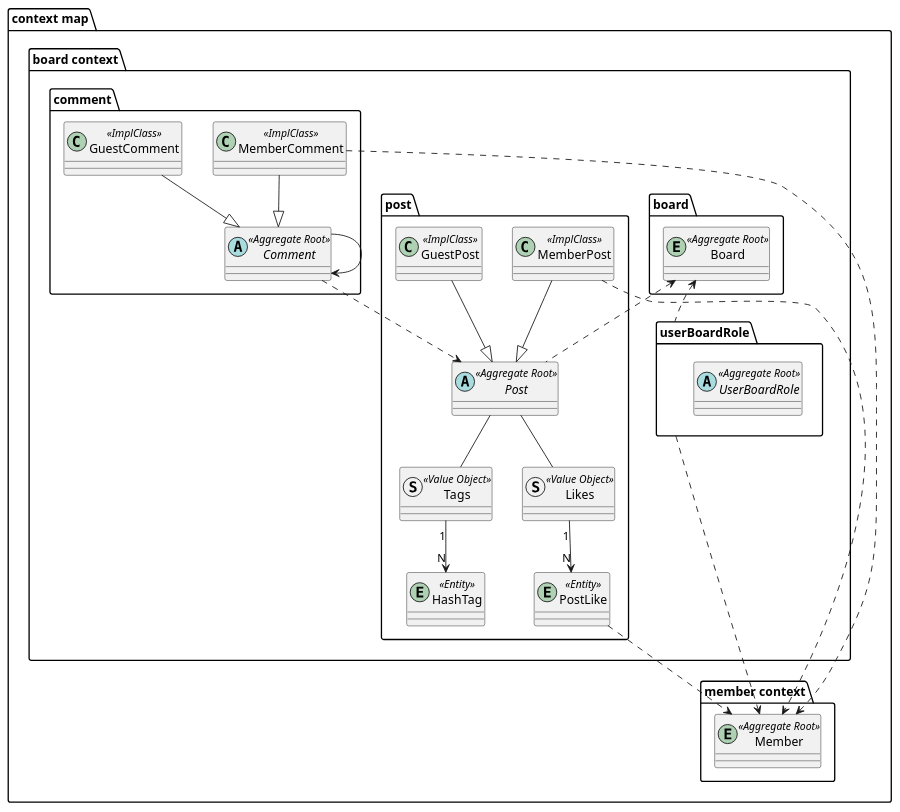
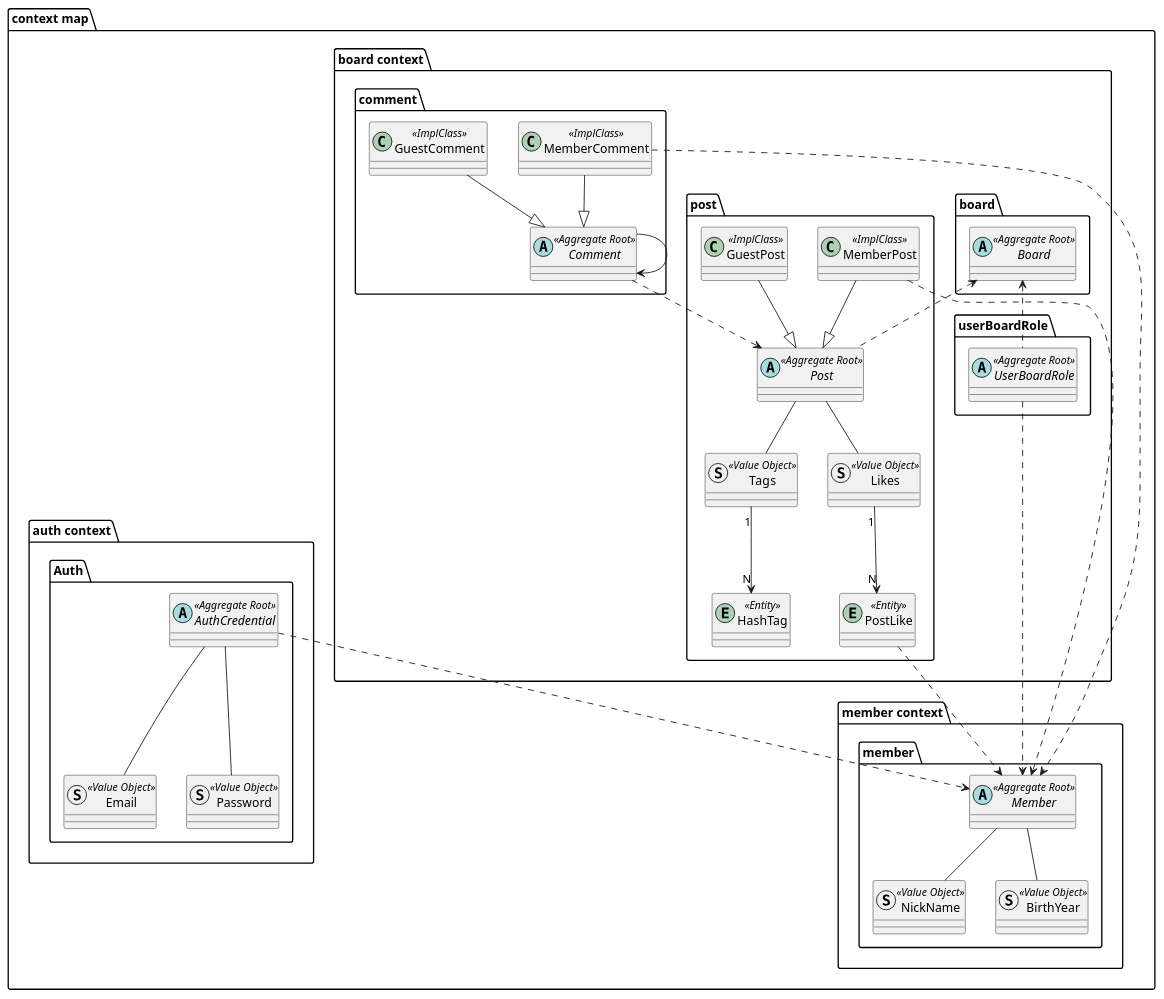
One commit to SimpleBoardTeam/simpleBoard-server changed the diagram in document/puml/boundedContextMap.puml. Above: the diagram before and after it, drawn with PlantUML.

Commit message:
docs: boardContextMap UML 다이어그램 Member Auth 수정

```diff
--- a/document/puml/boundedContextMap.puml
+++ b/document/puml/boundedContextMap.puml
@@ -1,70 +1,93 @@
 @startuml
 
 package "context map" {
     package "board context"{
         package "board"{
-            entity Board <<Aggregate Root>>{
+            abstract Board <<Aggregate Root>>{
             }
         }
 
         package "post"{
             abstract Post <<Aggregate Root>>{
             }
             class GuestPost <<ImplClass>>{
             }
             class MemberPost <<ImplClass>>{
             }
             '해시태그
             entity HashTag <<Entity>>{
             }
             struct Tags <<Value Object>>{
             }
             Post -- Tags
             Tags "1" --> "N" HashTag
             '좋아요
             entity PostLike <<Entity>>{
             }
             struct Likes <<Value Object>>{
             }
             Post -- Likes
             Likes "1" --> "N" PostLike
         }
 
         package "comment"{
             abstract Comment <<Aggregate Root>>{
             }
             class GuestComment <<ImplClass>>{
             }
             class MemberComment <<ImplClass>>{
             }
         }
 
         package "userBoardRole"{
             abstract UserBoardRole <<Aggregate Root>>{
             }
         }
 
         GuestPost --|> Post
         MemberPost --|> Post
         GuestComment --|> Comment
         MemberComment --|> Comment
 
     }
 
     package "member context"{
-        entity Member <<Aggregate Root>>{
+        package "member"{
+          abstract Member <<Aggregate Root>>{
+          }
+          struct NickName <<Value Object>>{
+          }
+          struct BirthYear <<Value Object>>{
+          }
+          Member -- NickName
+          Member -- BirthYear
         }
     }
 
-    Board <.. userBoardRole
+    package "auth context"{
+        package "Auth" {
+            abstract AuthCredential <<Aggregate Root>>{
+            }
+            struct Email <<Value Object>>{
+            }
+            struct Password <<Value Object>>{
+            }
+            AuthCredential -- Email
+            AuthCredential -- Password
+        }
+    }
+
+
+    Board <.. UserBoardRole
     Board <.. Post
 
-    userBoardRole ..> Member
+    AuthCredential ..> Member
+    UserBoardRole ..> Member
     MemberPost ..> Member
     PostLike ..> Member
     MemberComment ..> Member
     Comment ..> Post
     Comment --> Comment
 
 }
 @enduml
```
